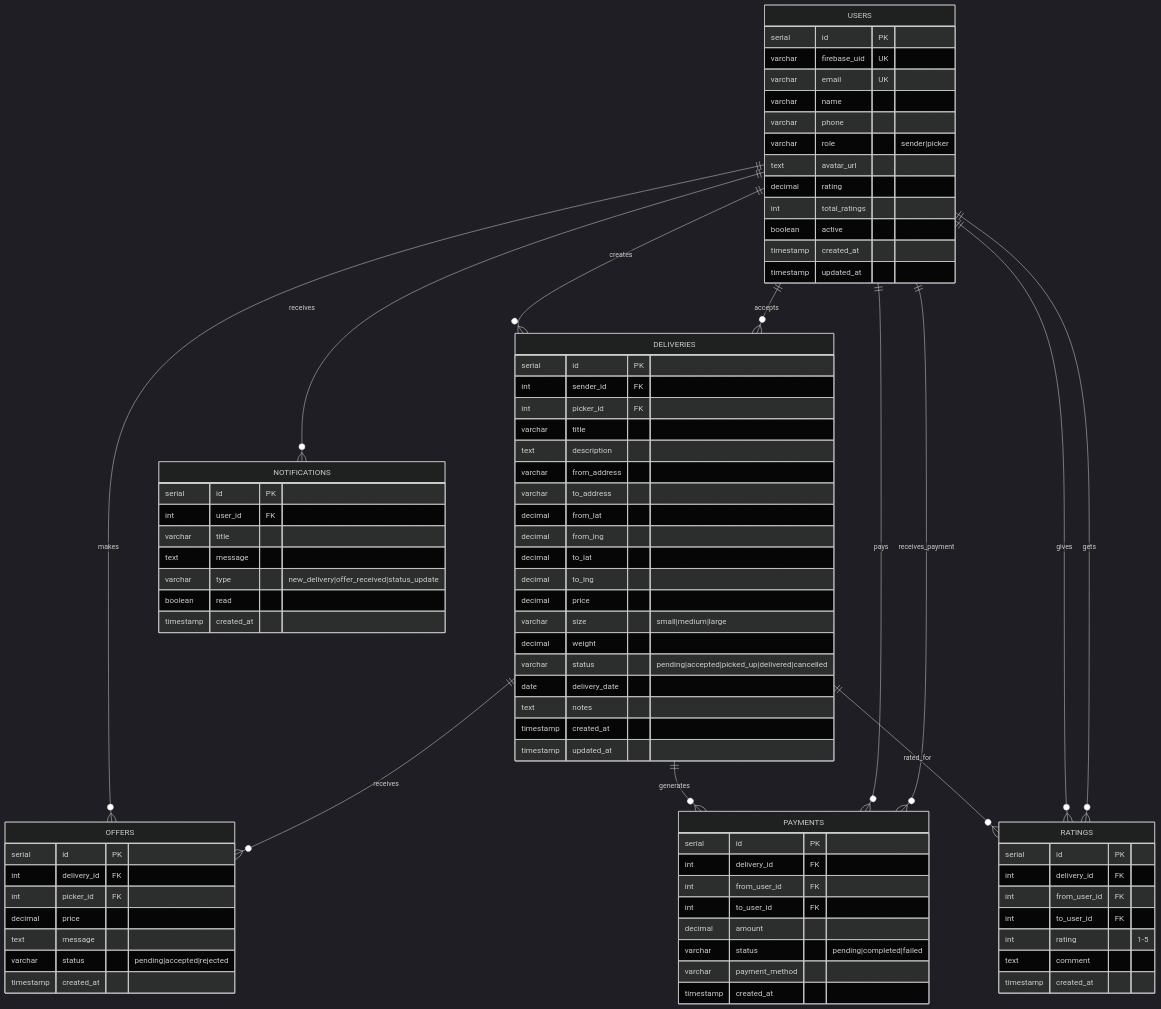
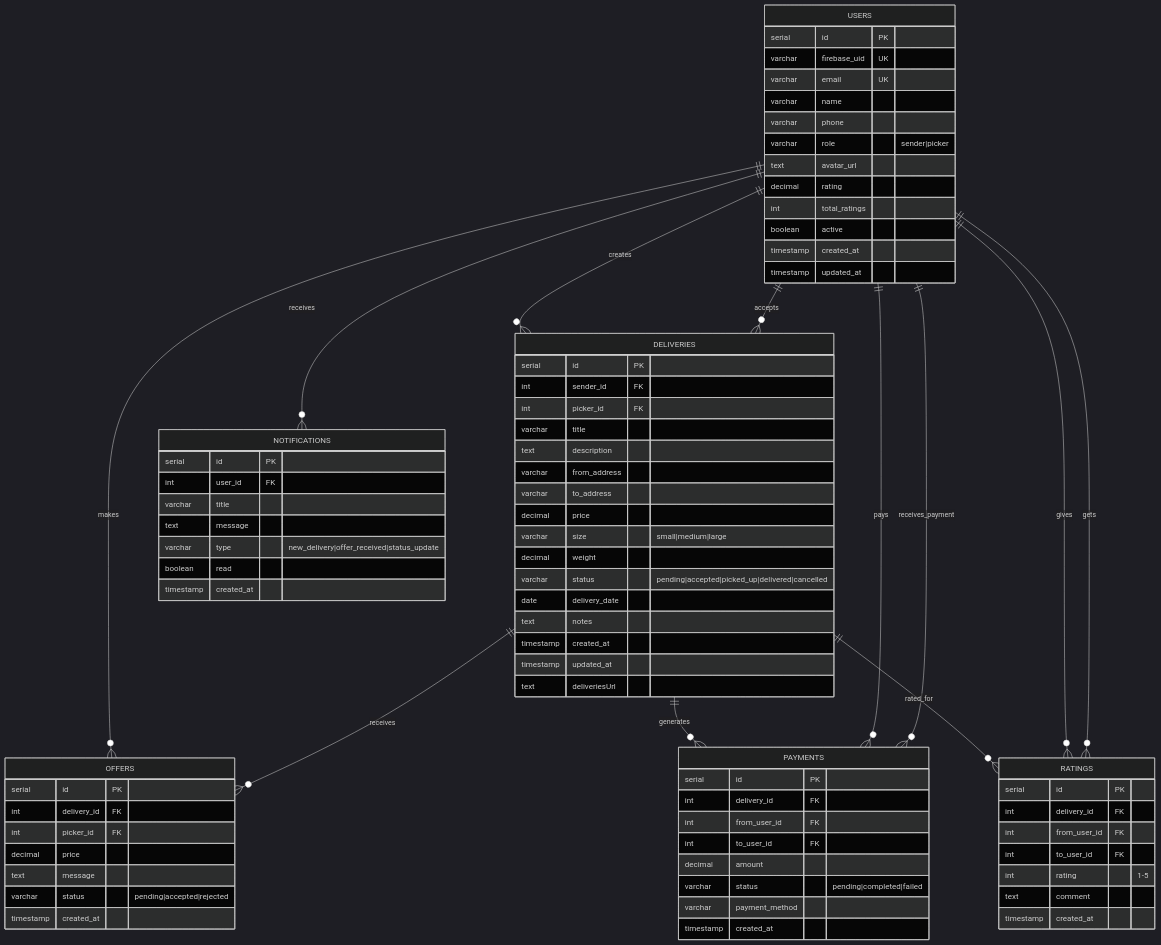
The diagram in database-mvp-simple.md (weband-team/pickom-mvp), drawn with Mermaid (dark theme) before and after one commit. The commit also changed 35 other files, not shown here.

```diff
--- a/database-mvp-simple.md
+++ b/database-mvp-simple.md
@@ -39,10 +39,6 @@
         text description
         varchar from_address
         varchar to_address
-        decimal from_lat
-        decimal from_lng
-        decimal to_lat
-        decimal to_lng
         decimal price
         varchar size "small|medium|large"
         decimal weight
@@ -51,6 +47,7 @@
         text notes
         timestamp created_at
         timestamp updated_at
+        text deliveriesUrl
     }
 
     OFFERS {
```
